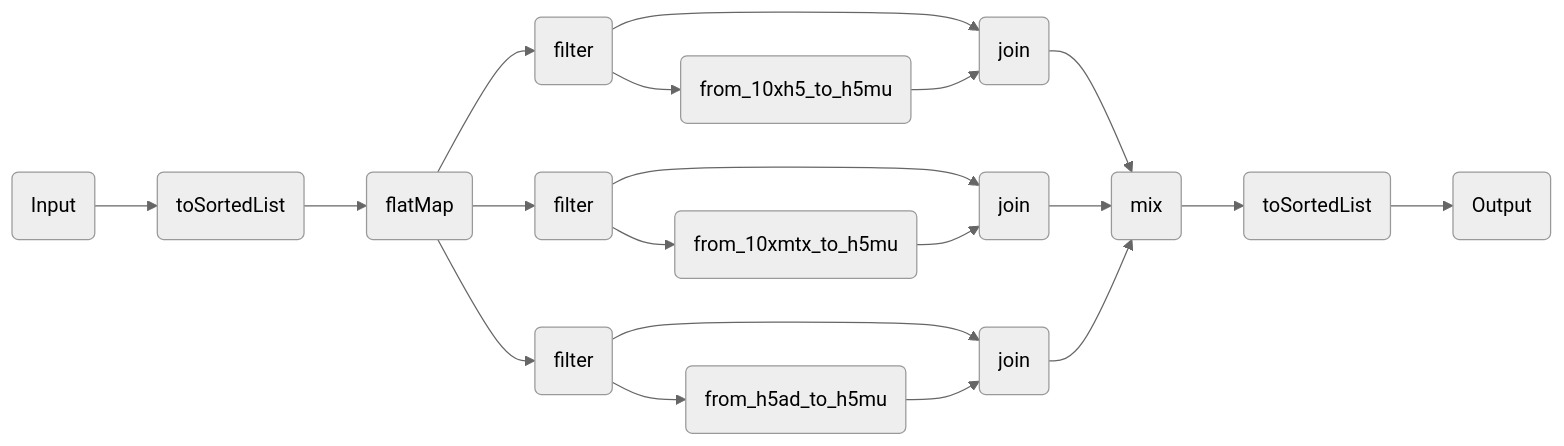
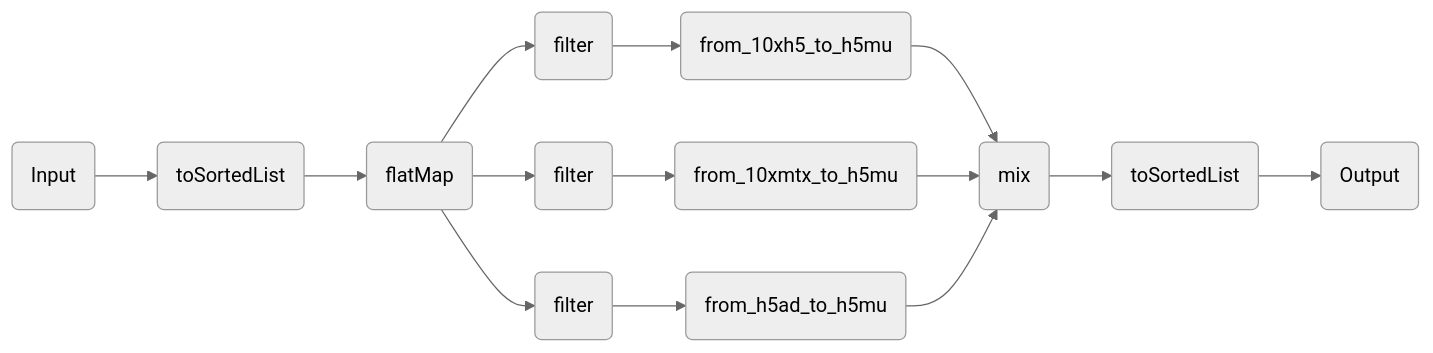
Before and after one commit to openpipelines-bio/website: the diagram in components/workflows/ingestion/conversion.qmd, drawn with Mermaid (neutral theme). The commit also changed other lines of this file and 15 other files, not shown here.

````diff
--- a/components/workflows/ingestion/conversion.qmd
+++ b/components/workflows/ingestion/conversion.qmd
@@ -103,39 +105,30 @@
 ```{mermaid}
 %%| column: screen-inset-shaded
 flowchart LR
     p0(Input)
     p2(toSortedList)
     p4(flatMap)
     p5(filter)
-    p13(join)
     p11(from_10xh5_to_h5mu)
     p35(mix)
     p15(filter)
-    p23(join)
     p21(from_10xmtx_to_h5mu)
     p25(filter)
-    p33(join)
     p31(from_h5ad_to_h5mu)
     p37(toSortedList)
     p39(Output)
     p4-->p5
     p4-->p15
     p4-->p25
     p0-->p2
     p2-->p4
-    p5-->p13
     p5-->p11
-    p11-->p13
-    p13-->p35
-    p15-->p23
+    p11-->p35
     p15-->p21
-    p21-->p23
-    p23-->p35
-    p25-->p33
+    p21-->p35
     p25-->p31
-    p31-->p33
-    p33-->p35
+    p31-->p35
     p35-->p37
     p37-->p39
 
 ```
````
